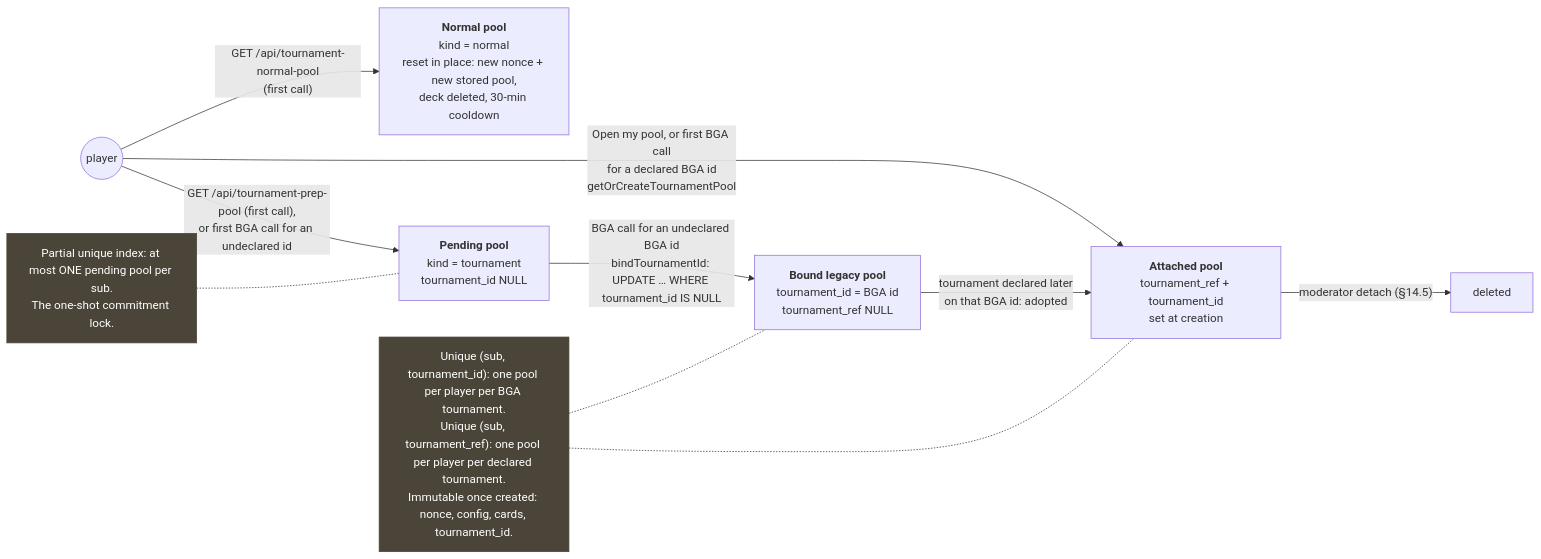
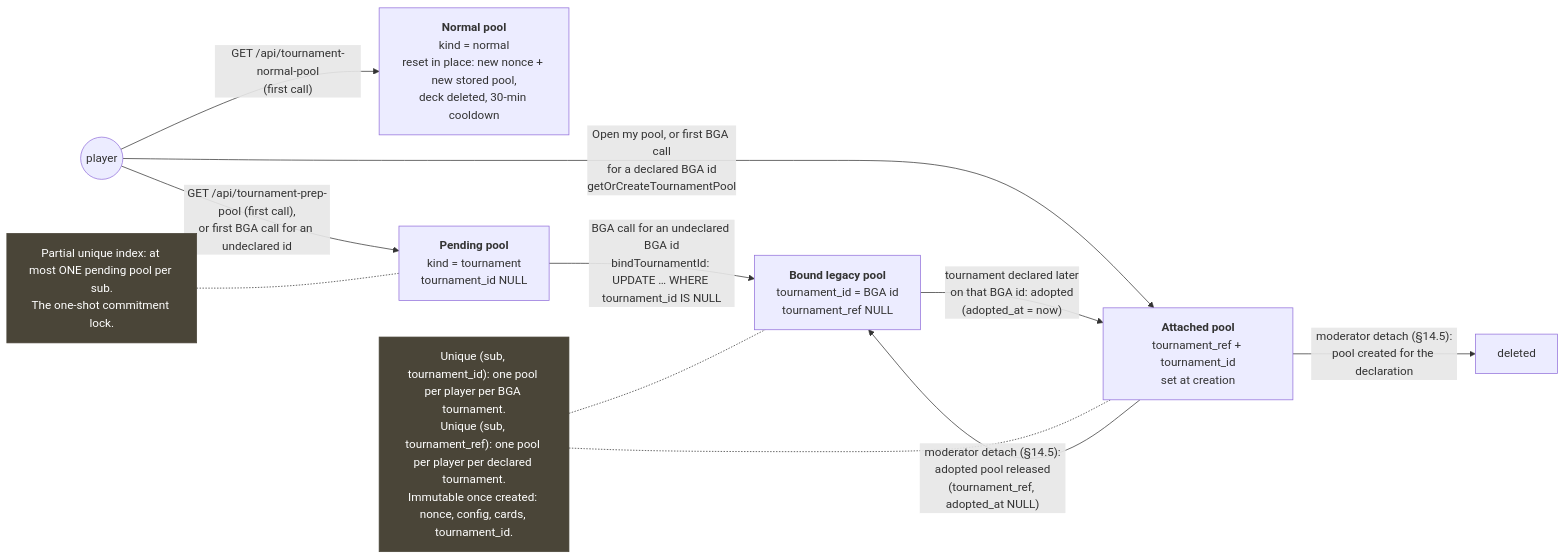
One commit to Altered-Re-Union/altered-draft changed the sixth of 7 diagrams in docs/tournaments/README.md. Above: the diagram before and after it, drawn with Mermaid. The commit also changed other lines of this file and 4 other files, not shown here.

````diff
--- a/docs/tournaments/README.md
+++ b/docs/tournaments/README.md
@@ -473,14 +473,15 @@
 ```mermaid
 flowchart LR
   S((player)) -->|"GET /api/tournament-normal-pool<br/>(first call)"| N["<b>Normal pool</b><br/>kind = normal<br/>reset in place: new nonce + new stored pool,<br/>deck deleted, 30-min cooldown"]
   S -->|"GET /api/tournament-prep-pool (first call),<br/>or first BGA call for an undeclared id"| P["<b>Pending pool</b><br/>kind = tournament<br/>tournament_id NULL"]
   P -->|"BGA call for an undeclared BGA id<br/>bindTournamentId: UPDATE … WHERE tournament_id IS NULL"| B["<b>Bound legacy pool</b><br/>tournament_id = BGA id<br/>tournament_ref NULL"]
   S -->|"Open my pool, or first BGA call<br/>for a declared BGA id<br/>getOrCreateTournamentPool"| A["<b>Attached pool</b><br/>tournament_ref + tournament_id<br/>set at creation"]
-  B -->|"tournament declared later<br/>on that BGA id: adopted"| A
-  A -->|"moderator detach (§14.5)"| D["deleted"]
+  B -->|"tournament declared later<br/>on that BGA id: adopted<br/>(adopted_at = now)"| A
+  A -->|"moderator detach (§14.5):<br/>pool created for the declaration"| D["deleted"]
+  A -->|"moderator detach (§14.5):<br/>adopted pool released<br/>(tournament_ref, adopted_at NULL)"| B
   NP["Partial unique index: at most ONE pending pool per sub.<br/>The one-shot commitment lock."] -.- P
   NB["Unique (sub, tournament_id): one pool per player per BGA tournament.<br/>Unique (sub, tournament_ref): one pool per player per declared tournament.<br/>Immutable once created: nonce, config, cards, tournament_id."] -.- A
   NB -.- B
   classDef note fill:#4a4538,color:#fff,stroke:#4a4538
   class NP,NB note
 ```
````
